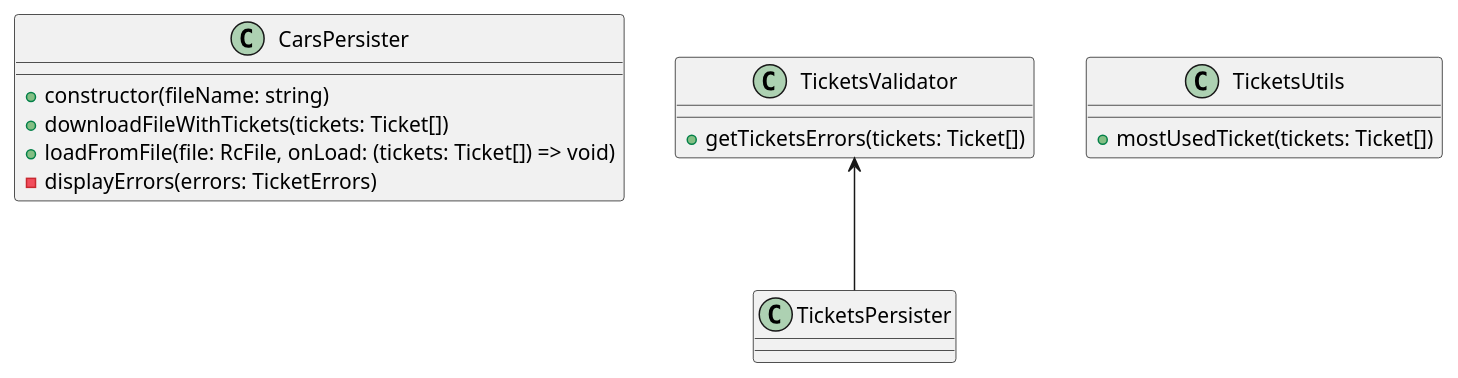
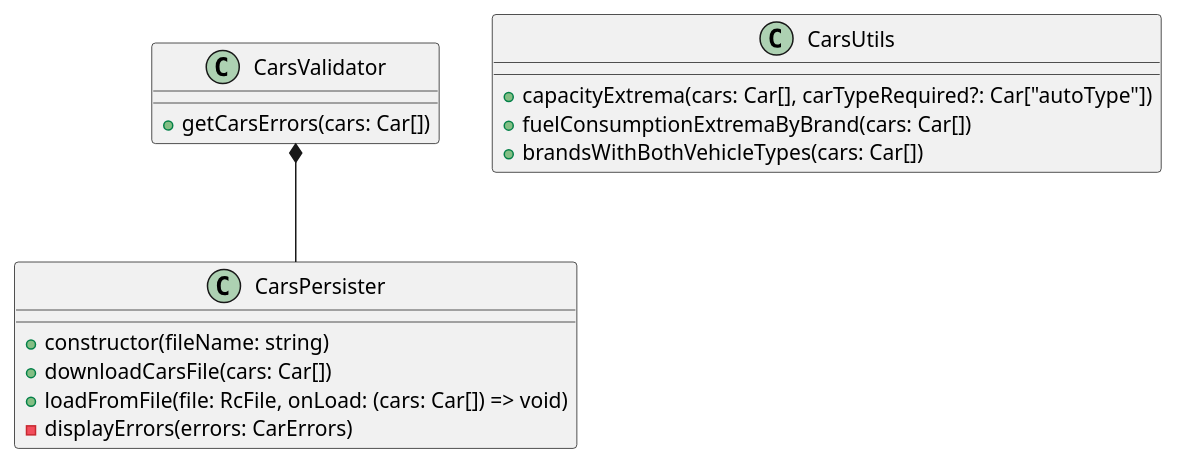
One commit to sinnrrr/nulp-labs changed the diagram in 2022/object_oriented_programming/diagrams/class_diagram.md. Above: the diagram before and after it, drawn with PlantUML. The commit also changed 10 other files, not shown here.

````diff
--- a/2022/object_oriented_programming/diagrams/class_diagram.md
+++ b/2022/object_oriented_programming/diagrams/class_diagram.md
@@ -3,20 +3,22 @@
 ```plantuml
 @startuml
 class CarsPersister {
   + constructor(fileName: string)
-  + downloadFileWithTickets(tickets: Ticket[])
-  + loadFromFile(file: RcFile, onLoad: (tickets: Ticket[]) => void)
-  - displayErrors(errors: TicketErrors)
+  + downloadCarsFile(cars: Car[])
+  + loadFromFile(file: RcFile, onLoad: (cars: Car[]) => void)
+  - displayErrors(errors: CarErrors)
 }
 
-class TicketsValidator {
-  + getTicketsErrors(tickets: Ticket[])
+class CarsValidator {
+  + getCarsErrors(cars: Car[])
 }
 
-class TicketsUtils {
-  + mostUsedTicket(tickets: Ticket[])
+class CarsUtils {
+  + capacityExtrema(cars: Car[], carTypeRequired?: Car["autoType"])
+  + fuelConsumptionExtremaByBrand(cars: Car[])
+  + brandsWithBothVehicleTypes(cars: Car[])
 }
 
-TicketsValidator <-- TicketsPersister
+CarsValidator *-- CarsPersister
 @enduml
 ```
````
